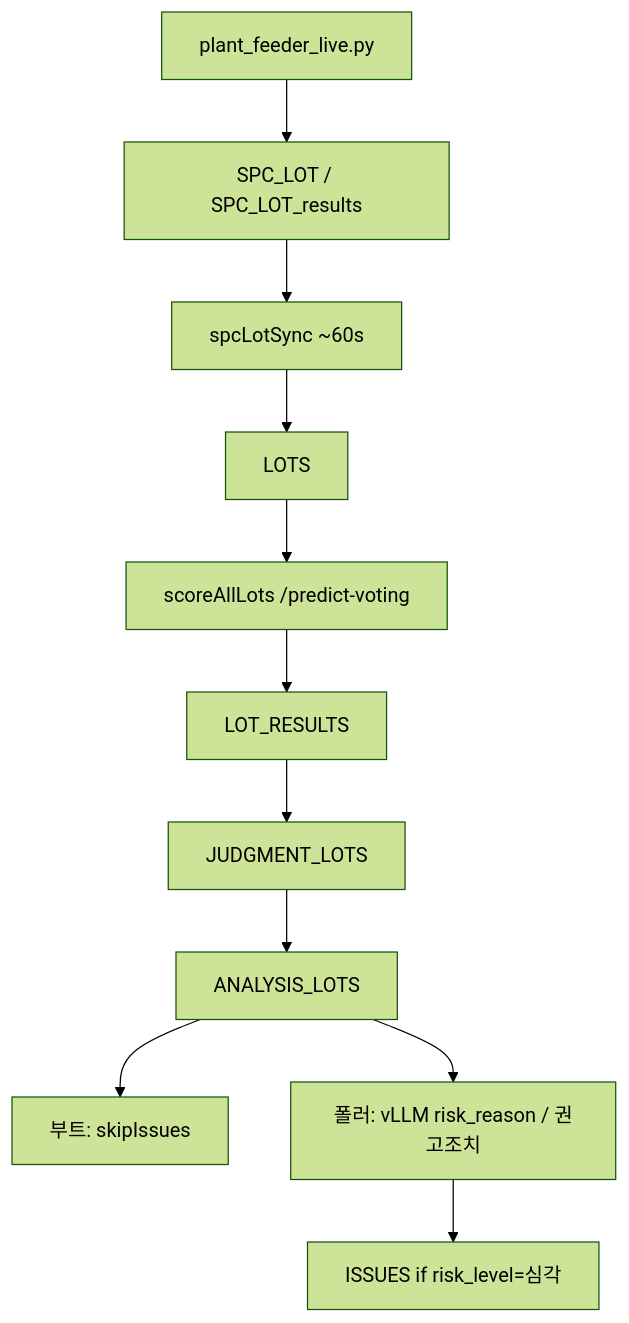
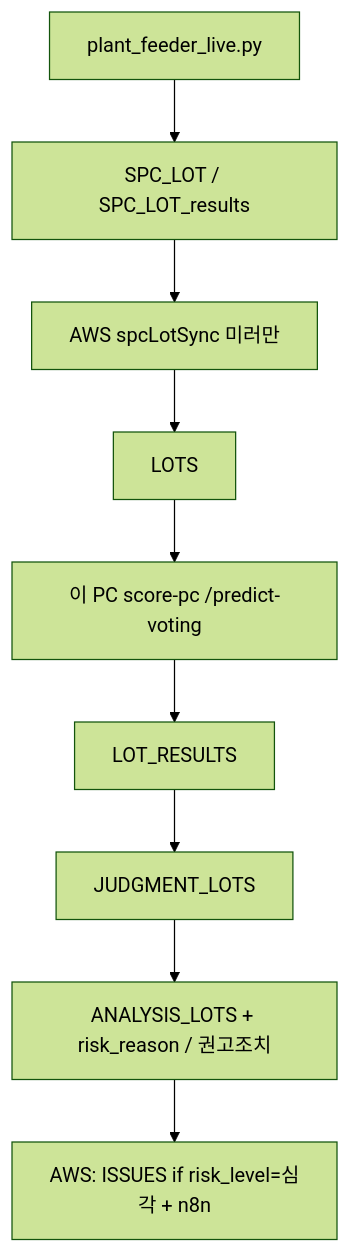
One commit to DohyupK/KDT-Project changed the first of 2 diagrams in docs/references/issue-lot-api.md. Above: the diagram before and after it, drawn with Mermaid (forest theme). The commit also changed other lines of this file and 18 other files, not shown here.

````diff
--- a/docs/references/issue-lot-api.md
+++ b/docs/references/issue-lot-api.md
@@ -38,13 +38,11 @@
 ```mermaid
 flowchart TD
   feeder["plant_feeder_live.py"] --> spcLot["SPC_LOT / SPC_LOT_results"]
-  spcLot --> sync["spcLotSync ~60s"]
+  spcLot --> sync["AWS spcLotSync 미러만"]
   sync --> lots["LOTS"]
-  lots --> score["scoreAllLots /predict-voting"]
+  lots --> score["이 PC score-pc /predict-voting"]
   score --> lr["LOT_RESULTS"]
   lr --> j["JUDGMENT_LOTS"]
-  j --> a["ANALYSIS_LOTS"]
-  a --> bootSkip["부트: skipIssues"]
-  a --> poller["폴러: vLLM risk_reason / 권고조치"]
-  poller --> issues["ISSUES if risk_level=심각"]
+  j --> a["ANALYSIS_LOTS + risk_reason / 권고조치"]
+  a --> issues["AWS: ISSUES if risk_level=심각 + n8n"]
 ```
````
